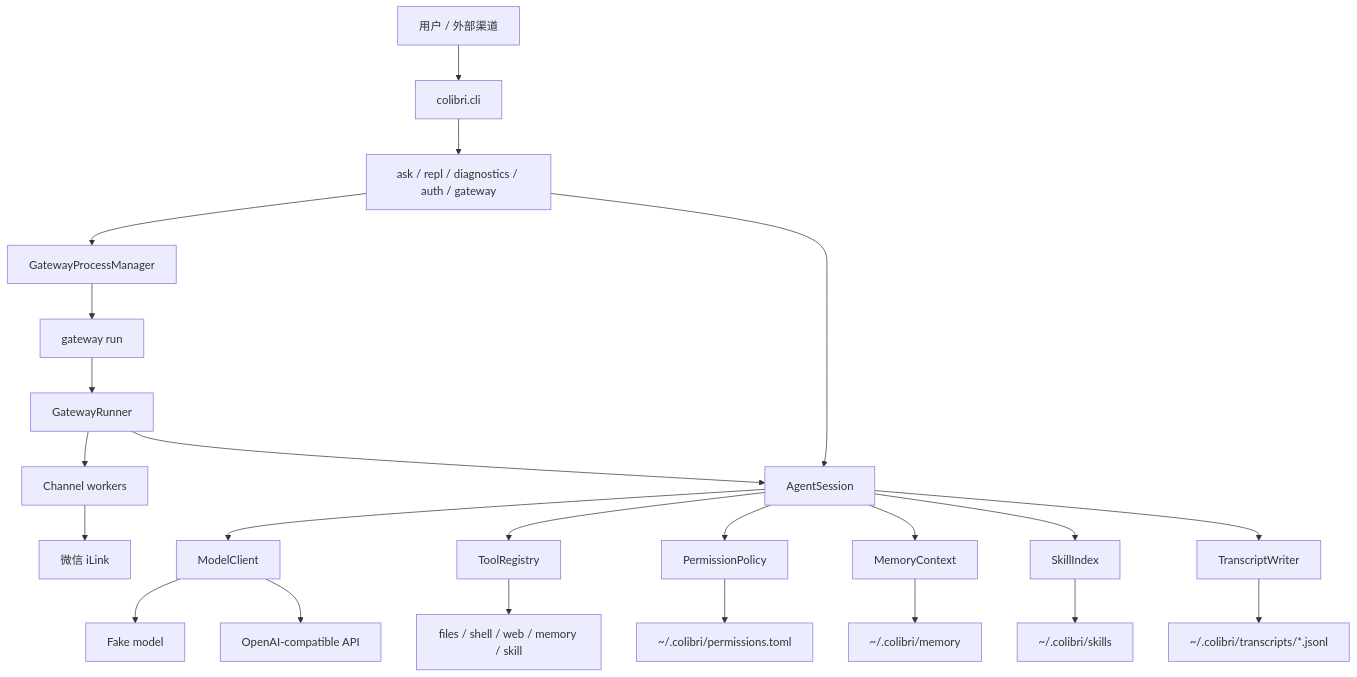
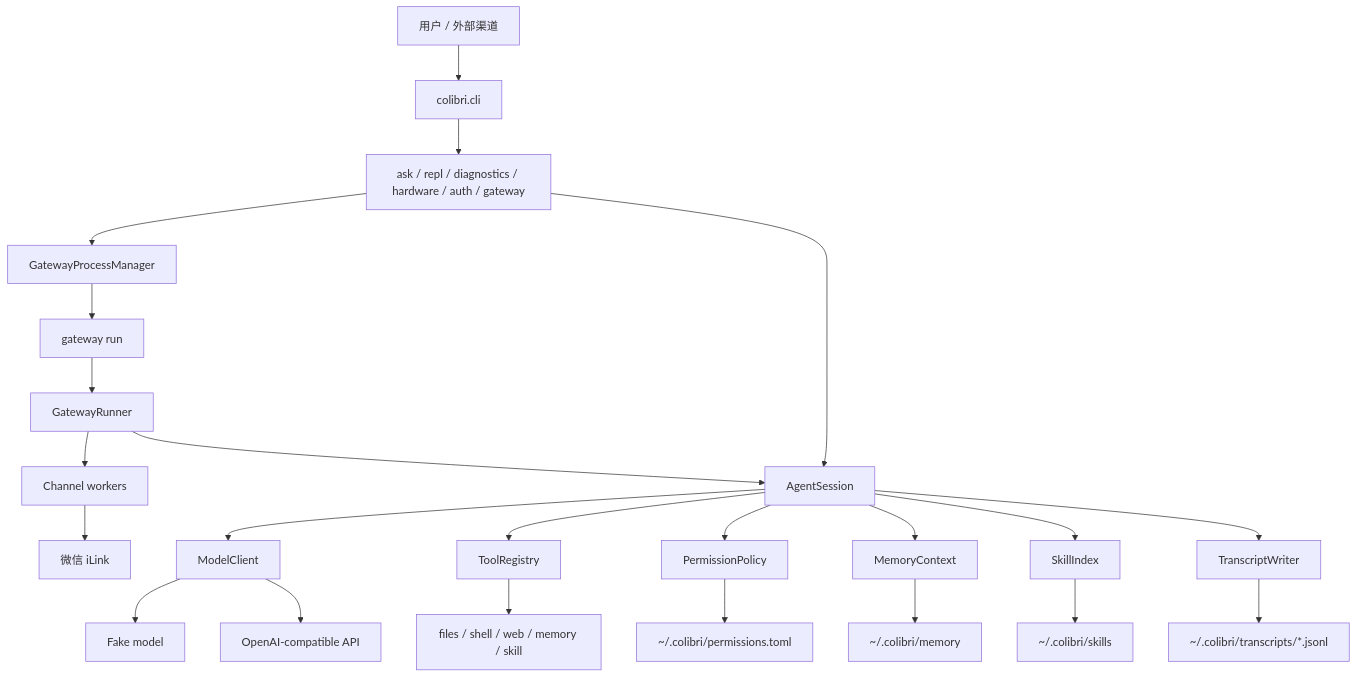
Before and after one commit to yunbudong11114/colibri: the diagram in README.zh-CN.md, drawn with Mermaid. The commit also changed other lines of this file and 31 other files, not shown here.

````diff
--- a/README.zh-CN.md
+++ b/README.zh-CN.md
@@ -26,25 +26,25 @@
 ```mermaid
 flowchart TD
     User["用户 / 外部渠道"] --> CLI["colibri.cli"]
-    CLI --> Commands["ask / repl / diagnostics / auth / gateway"]
+    CLI --> Commands["ask / repl / diagnostics / hardware / auth / gateway"]
     Commands --> Session["AgentSession"]
     Commands --> GatewayProc["GatewayProcessManager"]
     GatewayProc --> GatewayRun["gateway run"]
     GatewayRun --> Gateway["GatewayRunner"]
     Gateway --> Channels["Channel workers"]
     Channels --> Weixin["微信 iLink"]
     Gateway --> Session
     Session --> Model["ModelClient"]
     Model --> Fake["Fake model"]
     Model --> OpenAI["OpenAI-compatible API"]
     Session --> Registry["ToolRegistry"]
     Registry --> Tools["files / shell / web / memory / skill"]
     Session --> Permissions["PermissionPolicy"]
     Permissions --> UserPerms["~/.colibri/permissions.toml"]
     Session --> Memory["MemoryContext"]
     Memory --> MemoryFiles["~/.colibri/memory"]
     Session --> Skills["SkillIndex"]
     Skills --> SkillFiles["~/.colibri/skills"]
     Session --> Transcript["TranscriptWriter"]
     Transcript --> TranscriptFiles["~/.colibri/transcripts/*.jsonl"]
 ```
````
